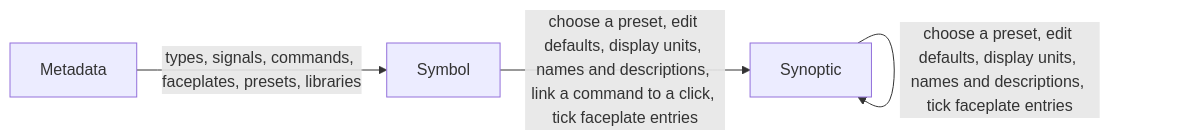
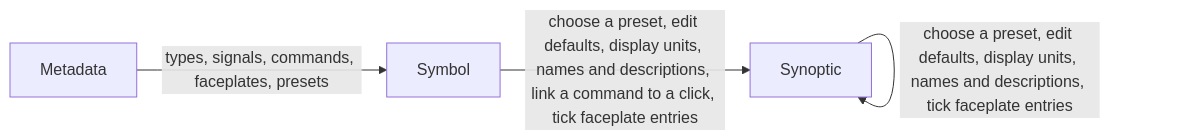
One commit to AlexandreGallais/synoptic-studio-spec changed the diagram in metadata/11-who-changes-what.md. Above: the diagram before and after it, drawn with Mermaid. The commit also changed other lines of this file and 20 other files, not shown here.

````diff
--- a/metadata/11-who-changes-what.md
+++ b/metadata/11-who-changes-what.md
@@ -24,6 +23,6 @@
 ```mermaid
 flowchart LR
-    M[Metadata] -->|"types, signals, commands, faceplates, presets, libraries"| S[Symbol]
+    M[Metadata] -->|"types, signals, commands, faceplates, presets"| S[Symbol]
     S -->|"choose a preset, edit defaults, display units, names and descriptions, link a command to a click, tick faceplate entries"| Y[Synoptic]
     Y -->|"choose a preset, edit defaults, display units, names and descriptions, tick faceplate entries"| Y
 ```
````
